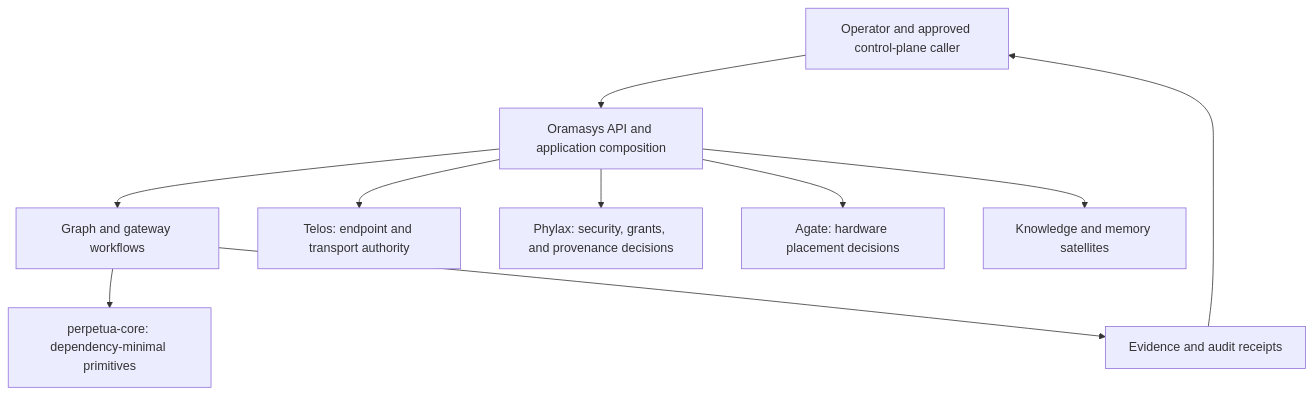
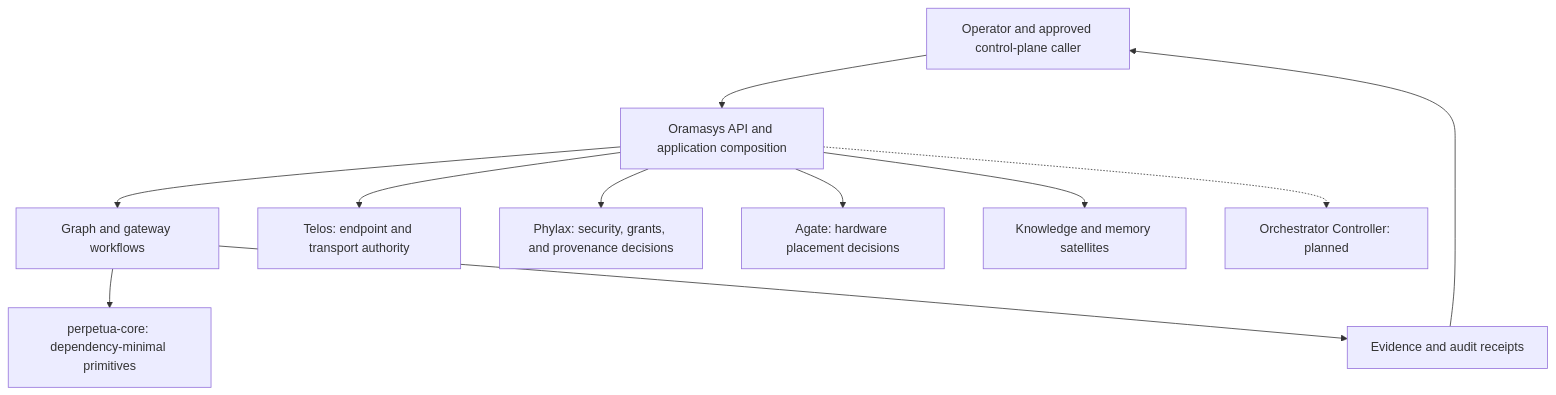
One commit to oramasys/oramasys changed the first of 2 diagrams in ARCHITECTURE.md. Above: the diagram before and after it, drawn with Mermaid. The commit also changed other lines of this file and 1 other file, not shown here.

First line of the commit message:
docs(architecture): mark planned components and link workspace proof

````diff
--- a/ARCHITECTURE.md
+++ b/ARCHITECTURE.md
@@ -19,12 +19,13 @@
 ```mermaid
 flowchart TB
     O[Operator and approved control-plane caller] --> A[Oramasys API and application composition]
     A --> G[Graph and gateway workflows]
     G --> C[perpetua-core: dependency-minimal primitives]
     A --> T[Telos: endpoint and transport authority]
     A --> P[Phylax: security, grants, and provenance decisions]
     A --> H[Agate: hardware placement decisions]
     A --> K[Knowledge and memory satellites]
+    A -.-> OC[Orchestrator Controller: planned]
     G --> E[Evidence and audit receipts]
     E --> O
 ```
````
